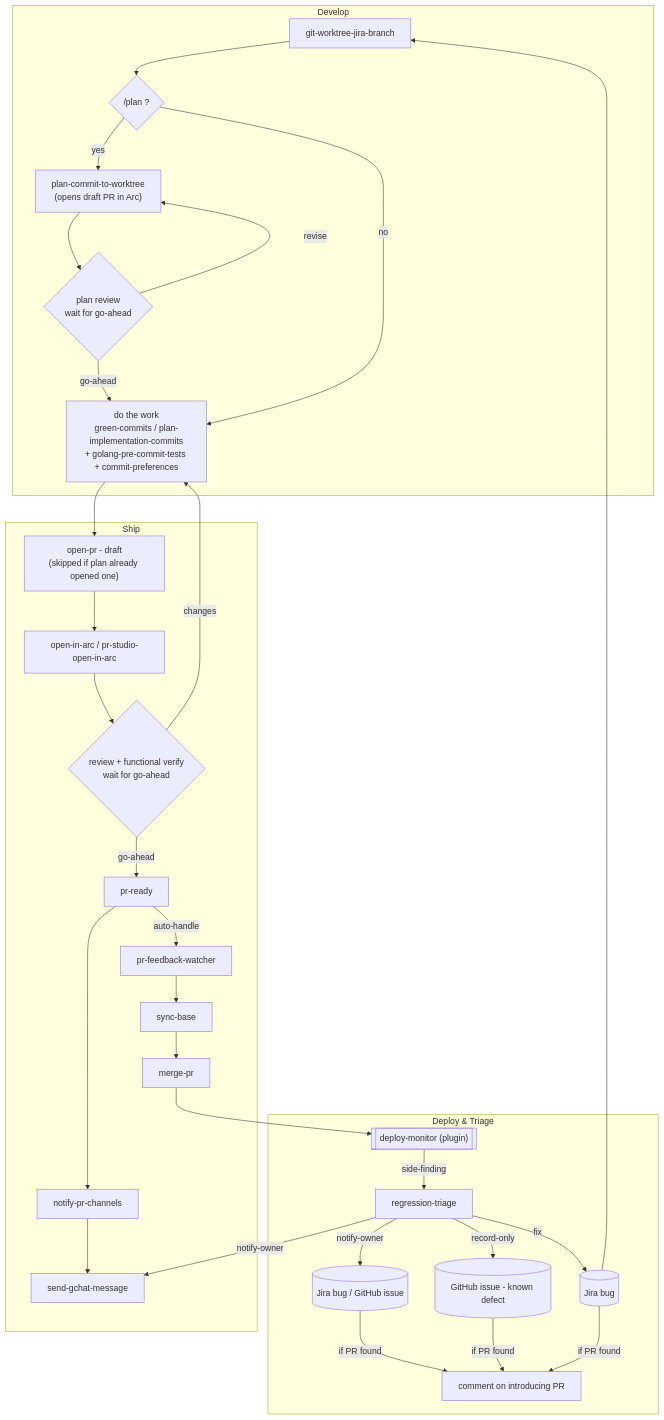
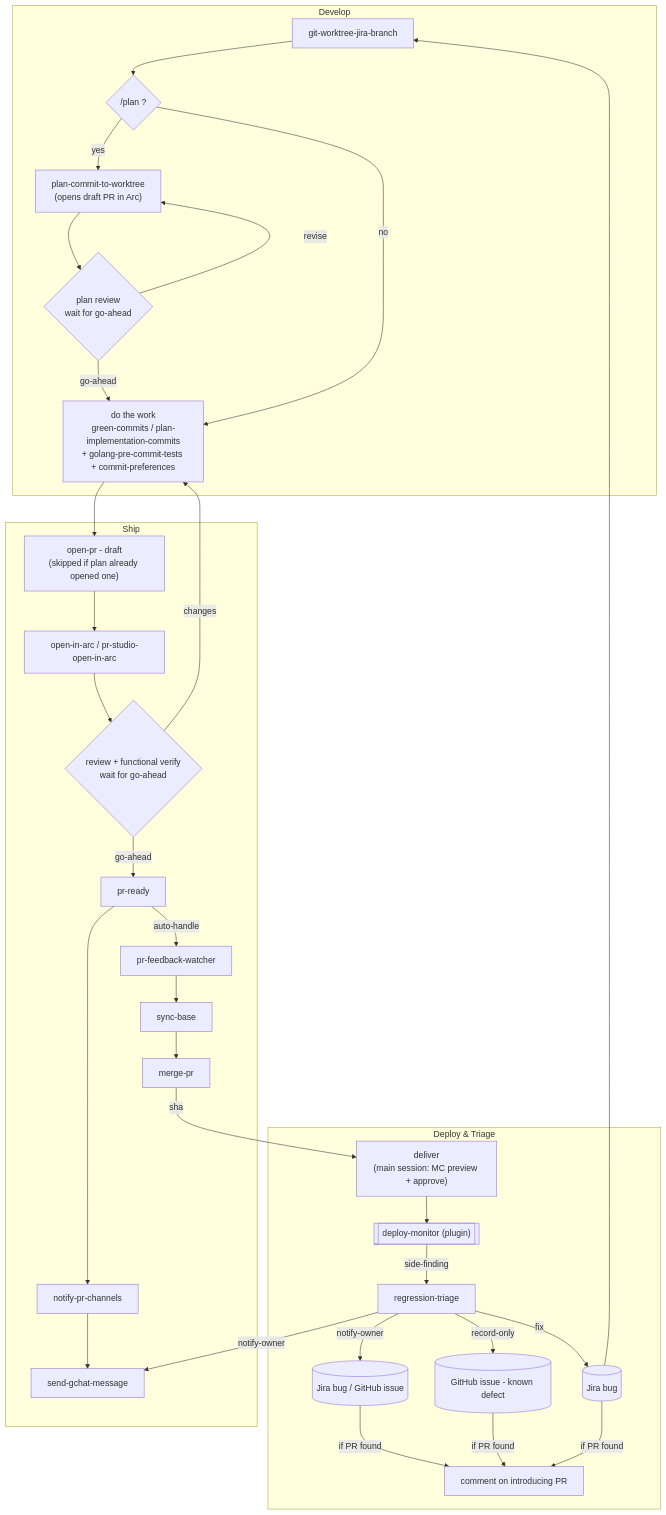
The diagram in claude/skills/README.md (benjfactor/dotfiles), drawn with Mermaid before and after one commit. The commit also changed other lines of this file and 3 other files, not shown here.

````diff
--- a/claude/skills/README.md
+++ b/claude/skills/README.md
@@ -31,47 +34,48 @@
 ```mermaid
 flowchart TD
     subgraph Develop
         WT[git-worktree-jira-branch]
         PLAN{"/plan ?"}
         PCW["plan-commit-to-worktree<br/>(opens draft PR in Arc)"]
         PGATE{"plan review<br/>wait for go-ahead"}
         WORK["do the work<br/>green-commits / plan-implementation-commits<br/>+ golang-pre-commit-tests + commit-preferences"]
     end
     subgraph Ship
         DRAFT["open-pr - draft<br/>(skipped if plan already opened one)"]
         ARC[open-in-arc / pr-studio-open-in-arc]
         WGATE{"review + functional verify<br/>wait for go-ahead"}
         READY[pr-ready]
         NOTIFY[notify-pr-channels]
         GCHAT[send-gchat-message]
         FB[pr-feedback-watcher]
         SYNC[sync-base]
         MERGE[merge-pr]
     end
     subgraph DeployTriage["Deploy & Triage"]
+        DELIVER["deliver<br/>(main session: MC preview + approve)"]
         DM[["deploy-monitor (plugin)"]]
         RT[regression-triage]
         JIRA[(Jira bug)]
         TRACKER[(Jira bug / GitHub issue)]
         KNOWN[(GitHub issue - known defect)]
         PRC[comment on introducing PR]
     end
 
     WT --> PLAN
     PLAN -- yes --> PCW --> PGATE
     PGATE -- go-ahead --> WORK
     PGATE -- revise --> PCW
     PLAN -- no --> WORK
     WORK --> DRAFT --> ARC --> WGATE
     WGATE -- go-ahead --> READY
     WGATE -- changes --> WORK
     READY --> NOTIFY --> GCHAT
     READY -- auto-handle --> FB
-    FB --> SYNC --> MERGE --> DM
+    FB --> SYNC --> MERGE -- sha --> DELIVER --> DM
     DM -- side-finding --> RT
     RT -- notify-owner --> GCHAT
     RT -- notify-owner --> TRACKER
     RT -- record-only --> KNOWN
     RT -- fix --> JIRA --> WT
     JIRA & TRACKER & KNOWN -- if PR found --> PRC
 ```
````
